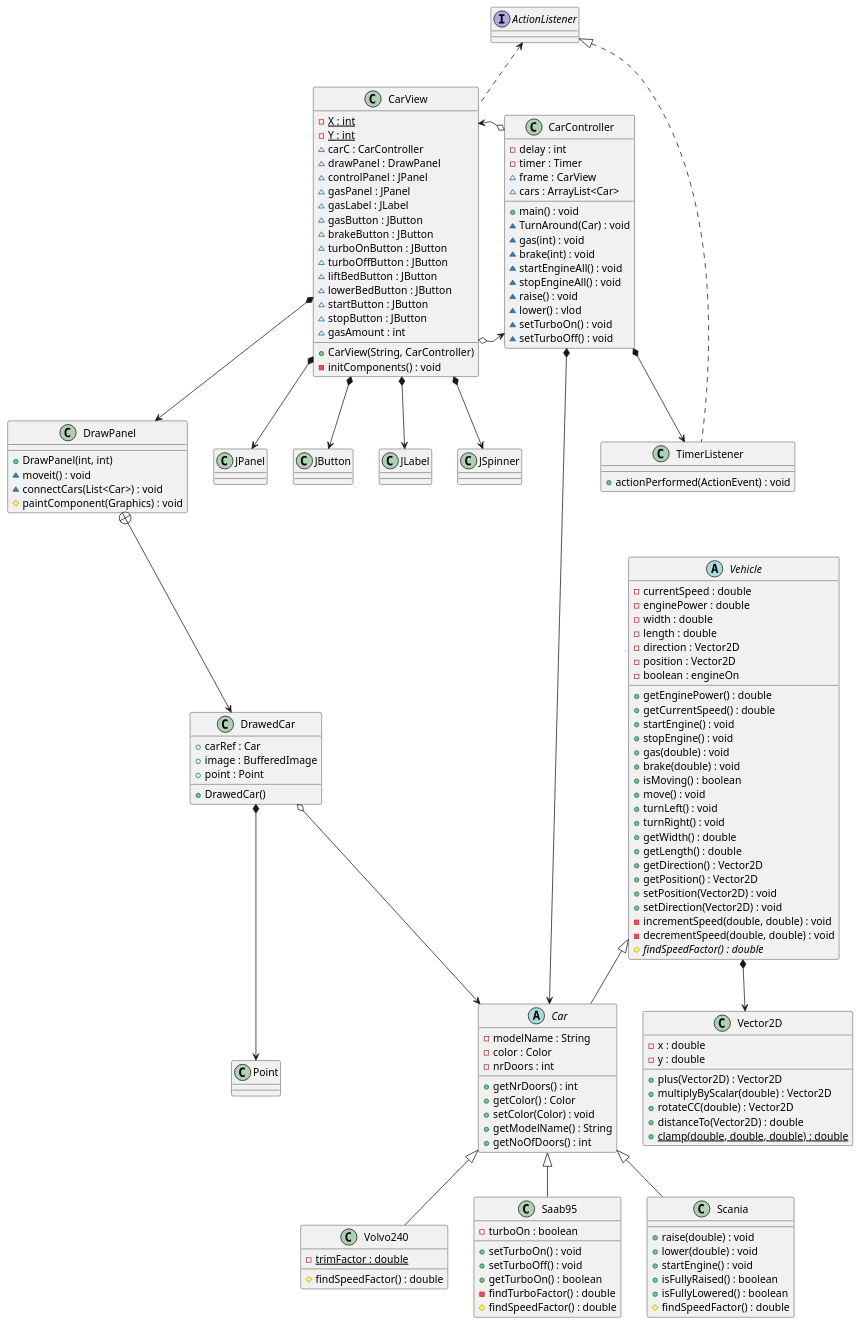
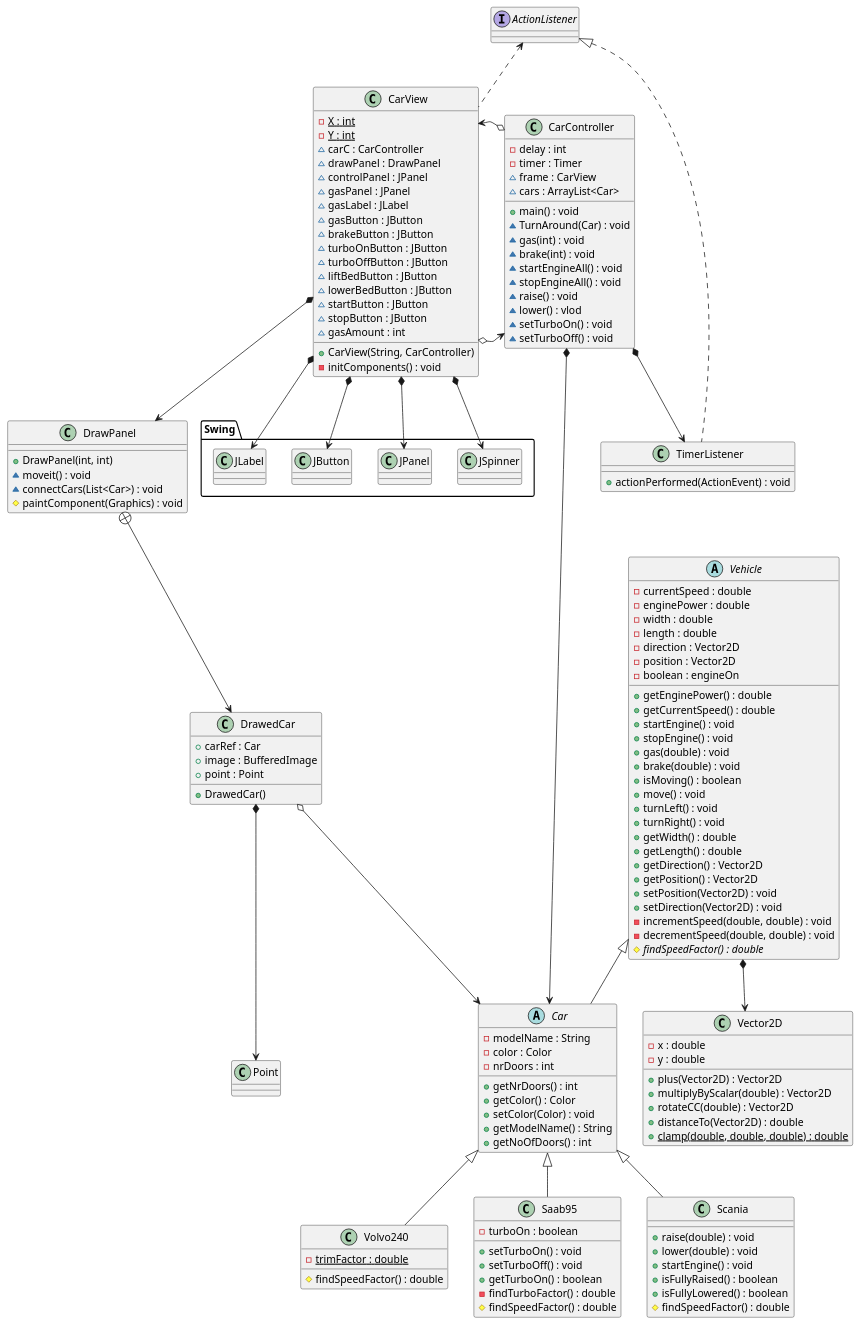
The diagram in src/Uppg2.puml (Yogaledare/dit953-lab2), drawn with PlantUML before and after one commit.

Commit message:
small changes in class diagram

```diff
--- a/src/Uppg2.puml
+++ b/src/Uppg2.puml
@@ -1,180 +1,182 @@
 @startuml
 
 class CarController {
 -delay : int
 -timer : Timer
 ~frame : CarView
 ~cars : ArrayList<Car>
 
 +main() : void
 ~TurnAround(Car) : void
 ~gas(int) : void
 ~brake(int) : void
 ~startEngineAll() : void
 ~stopEngineAll() : void
 ~raise() : void
 ~lower() : vlod
 ~setTurboOn() : void
 ~setTurboOff() : void
 }
 
 class TimerListener {
 +actionPerformed(ActionEvent) : void
 }
 
 class CarView {
 -{static} X : int
 -{static} Y : int
 ~ carC : CarController
 ~ drawPanel : DrawPanel
 ~ controlPanel : JPanel
 ~ gasPanel : JPanel
 ~ gasLabel : JLabel
 ~ gasButton : JButton
 ~ brakeButton : JButton
 ~ turboOnButton : JButton
 ~ turboOffButton : JButton
 ~ liftBedButton : JButton
 ~ lowerBedButton : JButton
 ~ startButton : JButton
 ~ stopButton : JButton
 ~ gasAmount : int
 + CarView(String, CarController)
 - initComponents() : void
 
 }
 
 class DrawPanel{
 +DrawPanel(int, int)
 ~moveit() : void
 ~connectCars(List<Car>) : void
 #paintComponent(Graphics) : void
 }
 
 class DrawedCar {
 + carRef : Car
 + image : BufferedImage
 + point : Point
 + DrawedCar()
 }
 
 class Point{
 }
+package Swing {
 class JSpinner{}
 class JPanel{}
 class JButton {}
 class JLabel {}
+}
 
 class Volvo240 {
 -{static} trimFactor : double
 #findSpeedFactor() : double
 }
 
 class Saab95 {
 -turboOn : boolean
 +setTurboOn() : void
 +setTurboOff() : void
 +getTurboOn() : boolean
 -findTurboFactor() : double
 #findSpeedFactor() : double
 }
 
 class Scania {
 +raise(double) : void
 +lower(double) : void
 +startEngine() : void
 +isFullyRaised() : boolean
 +isFullyLowered() : boolean
 #findSpeedFactor() : double
 }
 
 interface ActionListener
 
 abstract class Car {
 -modelName : String
 -color : Color
 -nrDoors : int
 +getNrDoors() : int
 +getColor() : Color
 +setColor(Color) : void
 +getModelName() : String
 +getNoOfDoors() : int
 }
 
 abstract class Vehicle {
 -currentSpeed : double
 -enginePower : double
 -width : double
 -length : double
 -direction : Vector2D
 -position : Vector2D
 -boolean : engineOn
 +getEnginePower() : double
 +getCurrentSpeed() : double
 +startEngine() : void
 +stopEngine() : void
 +gas(double) : void
 +brake(double) : void
 +isMoving() : boolean
 +move() : void
 +turnLeft() : void
 +turnRight() : void
 +getWidth() : double
 +getLength() : double
 +getDirection() : Vector2D
 +getPosition() : Vector2D
 +setPosition(Vector2D) : void
 +setDirection(Vector2D) : void
 -incrementSpeed(double, double) : void
 -decrementSpeed(double, double) : void
 #{abstract} findSpeedFactor() : double
 
 }
 
 
 
 class Vector2D {
 -x : double
 -y : double
 +plus(Vector2D) : Vector2D
 +multiplyByScalar(double) : Vector2D
 +rotateCC(double) : Vector2D
 +distanceTo(Vector2D) : double
 +{static}clamp(double, double, double) : double
 }
 
 
 
 
 CarView o--> CarController
 CarView *--> DrawPanel
 CarView *--> JPanel
 CarView *--> JLabel
 CarView *--> JButton
 CarView *--> JSpinner
 ActionListener <.. CarView
 
 CarController *--> Car
 CarController o-> CarView
 CarController *--> TimerListener
 
 ActionListener <|.. TimerListener
 Car <|-- Volvo240
 Car <|-- Saab95
 Car <|-- Scania
 
 
 
 DrawPanel +--> DrawedCar
 
 DrawedCar *--> Point
 DrawedCar o--> Car
 
 Vehicle *--> Vector2D
 
 Vehicle <|-- Car
 
 
 
 
 @enduml
```
